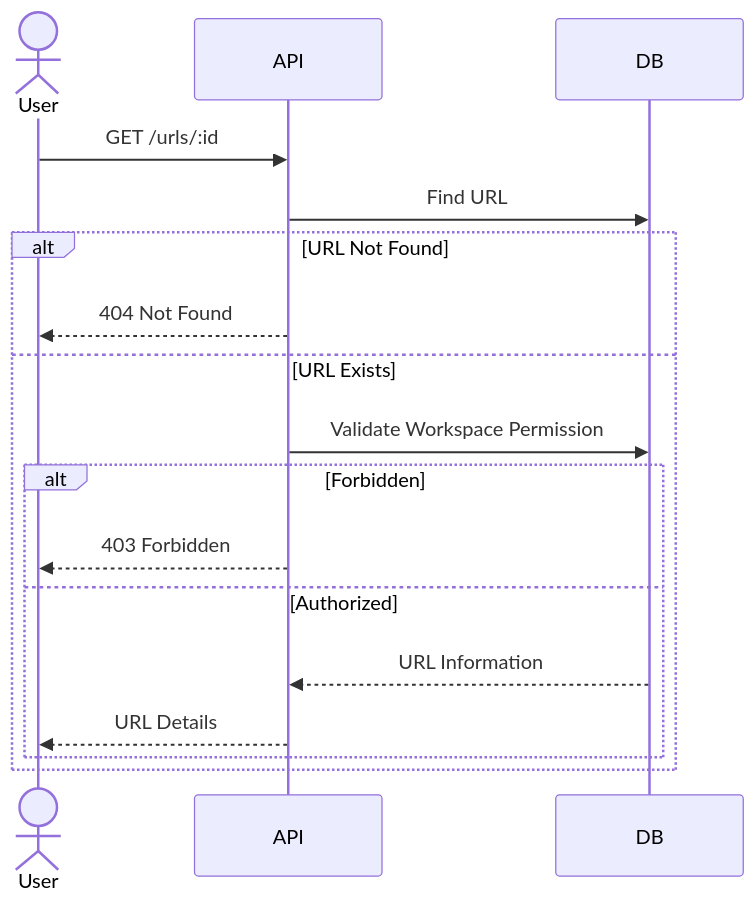
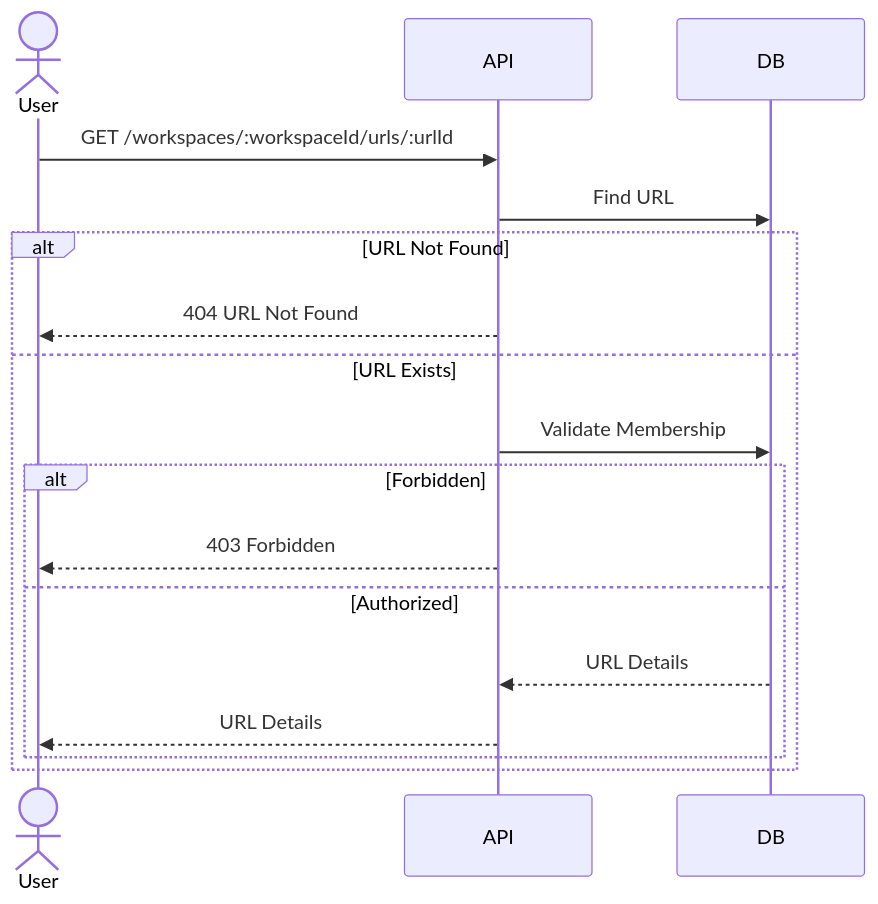
One commit to datnguyxn/LinkFlow changed the third of 8 diagrams in docs/architecture/url/URL-Sequence.md. Above: the diagram before and after it, drawn with Mermaid. The commit also changed other lines of this file and 53 other files, not shown here.

````diff
--- a/docs/architecture/url/URL-Sequence.md
+++ b/docs/architecture/url/URL-Sequence.md
@@ -74,31 +129,34 @@
 ```mermaid
 sequenceDiagram
 
     actor User
+
     participant API
     participant DB
 
-    User->>API: GET /urls/:id
+    User->>API: GET /workspaces/:workspaceId/urls/:urlId
 
     API->>DB: Find URL
 
     alt URL Not Found
-        API-->>User: 404 Not Found
+
+        API-->>User: 404 URL Not Found
 
     else URL Exists
 
-        API->>DB: Validate Workspace Permission
+        API->>DB: Validate Membership
 
         alt Forbidden
+
             API-->>User: 403 Forbidden
 
         else Authorized
 
-            DB-->>API: URL Information
+            DB-->>API: URL Details
 
             API-->>User: URL Details
 
         end
 
     end
 ```
````
